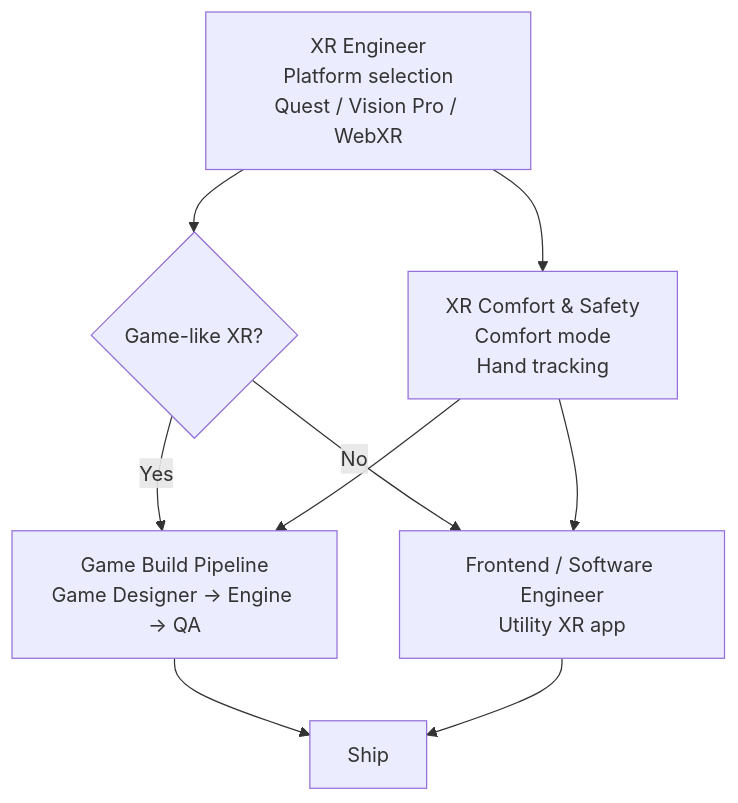
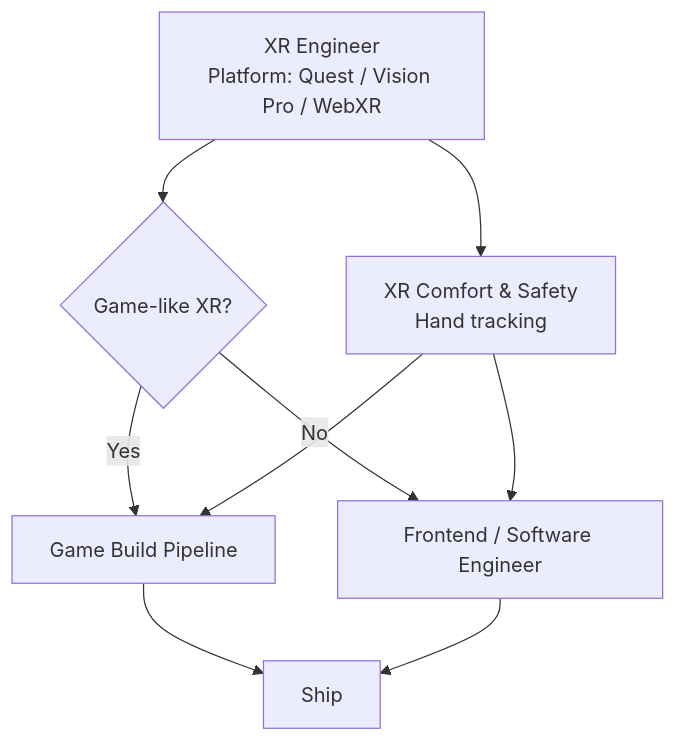
One commit to buiphucminhtam/forgewright changed the fourth of 7 diagrams in README.md. Above: the diagram before and after it, drawn with Mermaid. The commit also changed other lines of this file and 1 other file, not shown here.

````diff
--- a/README.md
+++ b/README.md
@@ -508,11 +642,11 @@
 ```mermaid
 flowchart TD
-    X1["XR Engineer<br/>Platform selection<br/>Quest / Vision Pro / WebXR"] --> X2{"Game-like XR?"}
-    X2 -->|Yes| GBP["Game Build Pipeline<br/>Game Designer -> Engine -> QA"]
-    X2 -->|No| SW["Frontend / Software Engineer<br/>Utility XR app"]
-    X1 --> X3["XR Comfort & Safety<br/>Comfort mode<br/>Hand tracking"]
+    X1["XR Engineer<br/>Platform: Quest / Vision Pro / WebXR"] --> X2{"Game-like XR?"}
+    X2 -->|Yes| GBP["Game Build Pipeline"]
+    X2 -->|No| SW["Frontend / Software Engineer"]
+    X1 --> X3["XR Comfort & Safety<br/>Hand tracking"]
     X3 --> GBP
     X3 --> SW
     GBP --> SHIP2["Ship"]
     SW --> SHIP2
 ```
````
